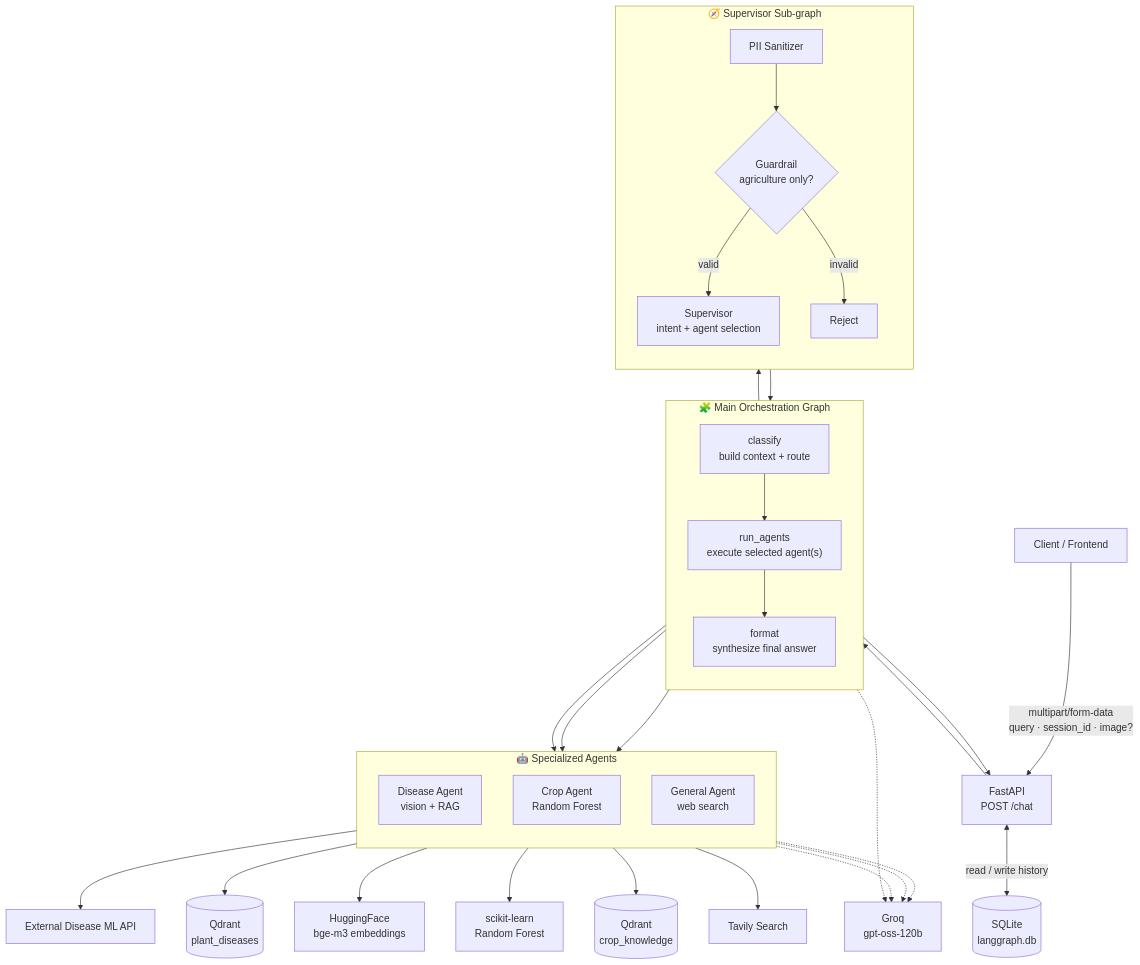
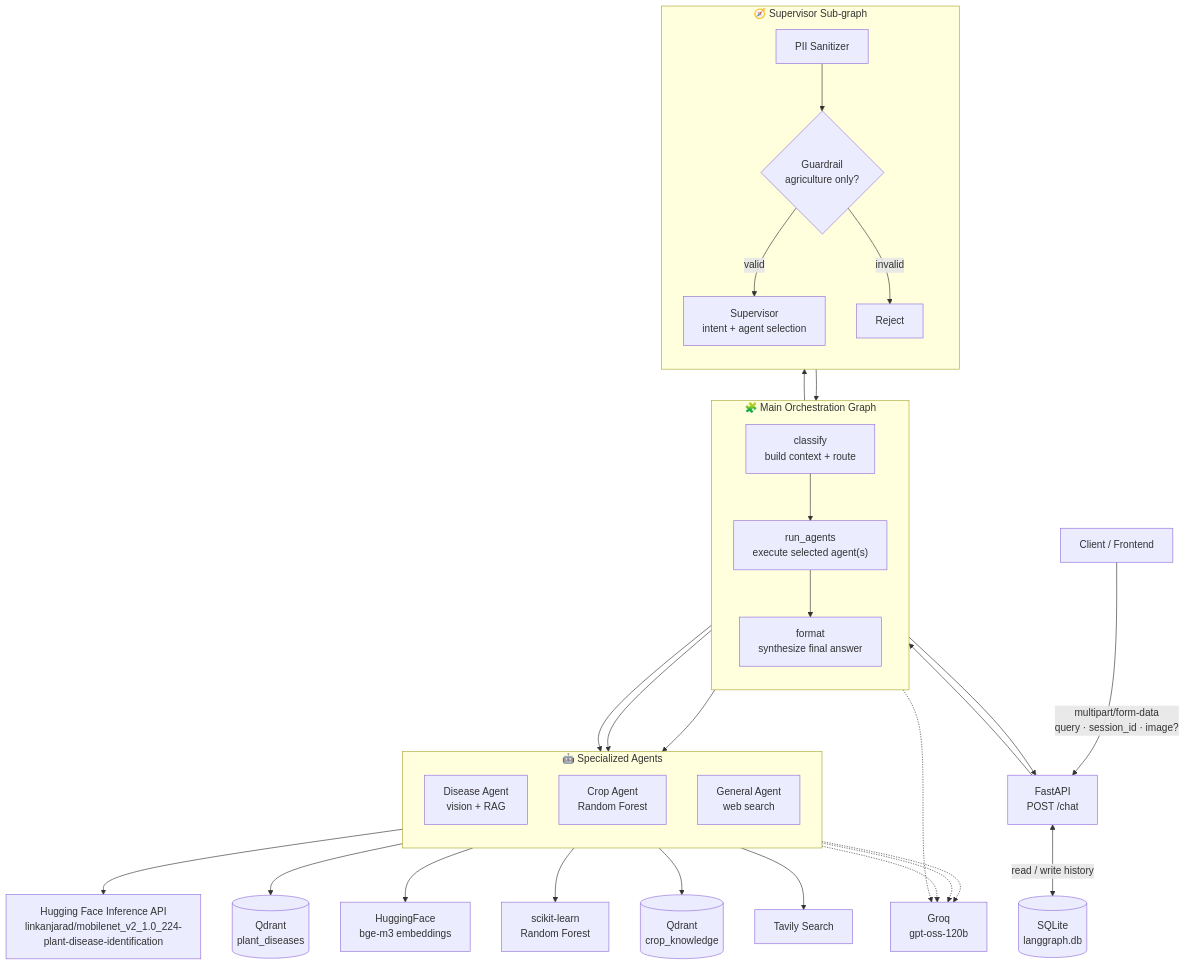
The first of 2 diagrams in README.md (mithun24112005/agri_agent_backend), drawn with Mermaid before and after one commit. The commit also changed other lines of this file and 30 other files, not shown here.

Commit message:
feat: Integrate Hugging Face MobileNetV2 for plant disease detection for easier deployment

````diff
--- a/README.md
+++ b/README.md
@@ -65,48 +65,48 @@
 ```mermaid
 flowchart TD
     Client["Client / Frontend"] -->|"multipart/form-data<br/>query · session_id · image?"| API["FastAPI<br/>POST /chat"]
 
     subgraph MAIN["🧩 Main Orchestration Graph"]
         direction TB
         Classify["classify<br/>build context + route"] --> Run["run_agents<br/>execute selected agent(s)"]
         Run --> Format["format<br/>synthesize final answer"]
     end
 
     API --> Classify
 
     subgraph SUP["🧭 Supervisor Sub-graph"]
         direction TB
         PII["PII Sanitizer"] --> Guard{"Guardrail<br/>agriculture only?"}
         Guard -->|valid| Route["Supervisor<br/>intent + agent selection"]
         Guard -->|invalid| Reject["Reject"]
     end
 
     Classify --> PII
     Route --> Run
 
     subgraph AGENTS["🤖 Specialized Agents"]
         direction TB
         Disease["Disease Agent<br/>vision + RAG"]
         Crop["Crop Agent<br/>Random Forest"]
         General["General Agent<br/>web search"]
     end
 
     Run --> Disease
     Run --> Crop
     Run --> General
 
-    Disease --> DAPI["External Disease ML API"]
+    Disease --> DAPI["Hugging Face Inference API<br/>linkanjarad/mobilenet_v2_1.0_224-plant-disease-identification"]
     Disease --> QD[("Qdrant<br/>plant_diseases")]
     Disease --> HF["HuggingFace<br/>bge-m3 embeddings"]
     Crop --> RF["scikit-learn<br/>Random Forest"]
     Crop --> QC[("Qdrant<br/>crop_knowledge")]
     General --> TAV["Tavily Search"]
 
     Disease -.-> LLM["Groq<br/>gpt-oss-120b"]
     Crop -.-> LLM
     General -.-> LLM
     Format -.-> LLM
 
     Format --> API
     API <-->|"read / write history"| DB[("SQLite<br/>langgraph.db")]
 ```
````
